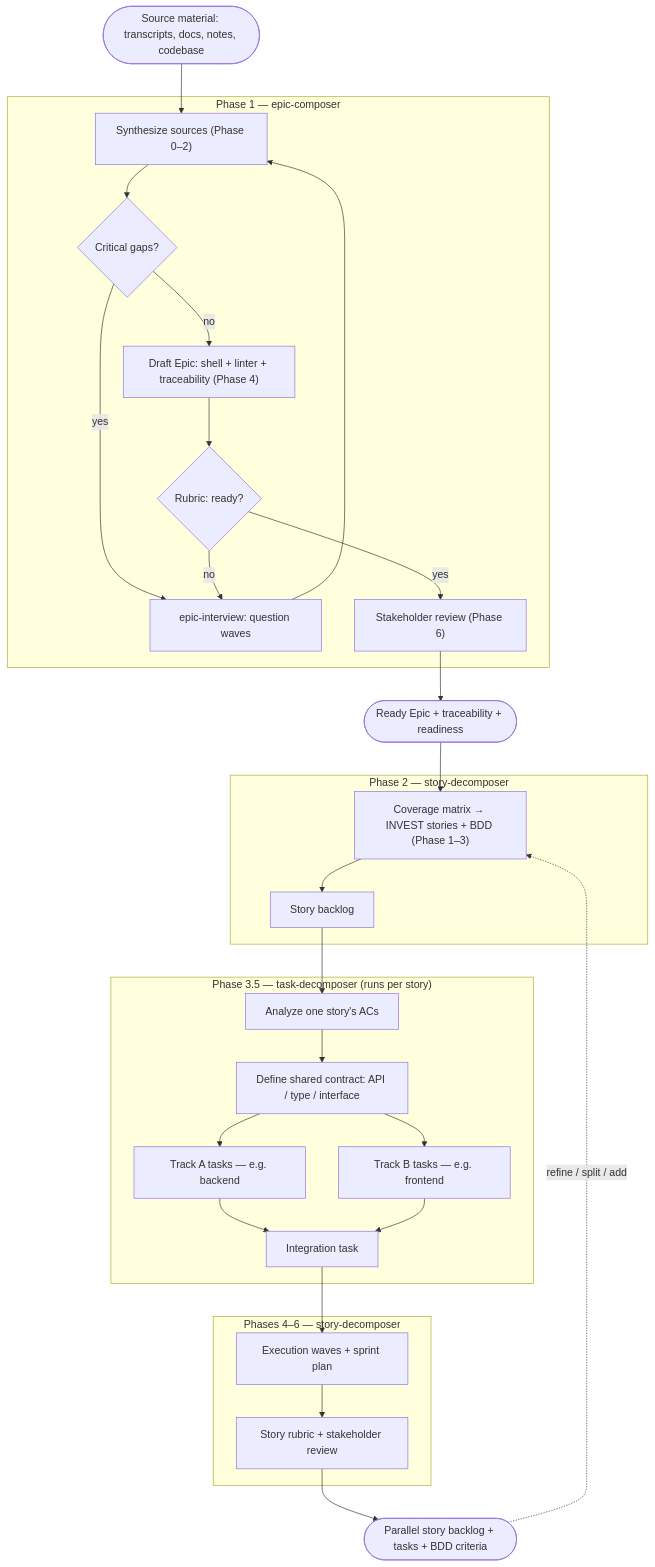
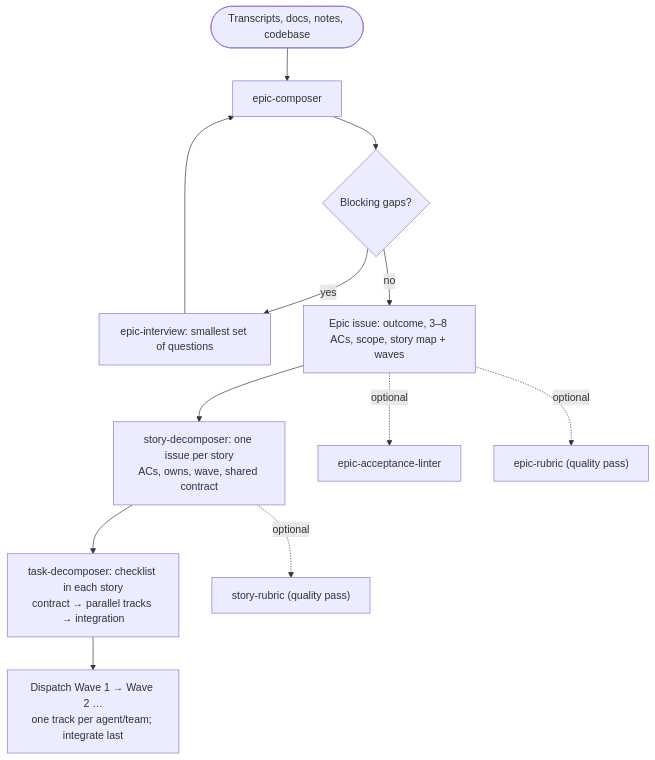
Before and after one commit to hybridindie/genesis: the diagram in prompts-skills.md, drawn with Mermaid. The commit also changed other lines of this file and 31 other files, not shown here.

First line of the commit message:
feat(epic-skills)!: parallel-first epic → story → task flow

````diff
--- a/prompts-skills.md
+++ b/prompts-skills.md
@@ -98,40 +100,14 @@
 ```mermaid
 flowchart TD
-    src(["Source material: transcripts, docs, notes, codebase"]) --> compose
-
-    subgraph P1["Phase 1 — epic-composer"]
-        compose["Synthesize sources (Phase 0–2)"] --> gaps{"Critical gaps?"}
-        gaps -->|yes| interview["epic-interview: question waves"]
-        interview --> compose
-        gaps -->|no| draft["Draft Epic: shell + linter + traceability (Phase 4)"]
-        draft --> ready{"Rubric: ready?"}
-        ready -->|no| interview
-        ready -->|yes| review1["Stakeholder review (Phase 6)"]
-    end
-
-    review1 --> epic(["Ready Epic + traceability + readiness"])
-    epic --> decompose
-
-    subgraph P2["Phase 2 — story-decomposer"]
-        decompose["Coverage matrix → INVEST stories + BDD (Phase 1–3)"] --> stories["Story backlog"]
-    end
-
-    stories --> td
-
-    subgraph P3["Phase 3.5 — task-decomposer (runs per story)"]
-        td["Analyze one story's ACs"] --> contract["Define shared contract: API / type / interface"]
-        contract --> trackA["Track A tasks — e.g. backend"]
-        contract --> trackB["Track B tasks — e.g. frontend"]
-        trackA --> integ["Integration task"]
-        trackB --> integ
-    end
-
-    integ --> waves
-
-    subgraph P4["Phases 4–6 — story-decomposer"]
-        waves["Execution waves + sprint plan"] --> review2["Story rubric + stakeholder review"]
-    end
-
-    review2 --> backlog(["Parallel story backlog + tasks + BDD criteria"])
-    backlog -.->|"refine / split / add"| decompose
+    src(["Transcripts, docs, notes, codebase"]) --> compose["epic-composer"]
+    compose --> blockers{"Blocking gaps?"}
+    blockers -->|yes| interview["epic-interview: smallest set of questions"]
+    interview --> compose
+    blockers -->|no| epic["Epic issue: outcome, 3–8 ACs, scope, story map + waves"]
+    epic --> stories["story-decomposer: one issue per story<br/>ACs, owns, wave, shared contract"]
+    stories --> tasks["task-decomposer: checklist in each story<br/>contract → parallel tracks → integration"]
+    tasks --> dispatch["Dispatch Wave 1 → Wave 2 …<br/>one track per agent/team; integrate last"]
+    epic -.optional.-> linter["epic-acceptance-linter"]
+    epic -.optional.-> er["epic-rubric (quality pass)"]
+    stories -.optional.-> sr["story-rubric (quality pass)"]
 ```
````
